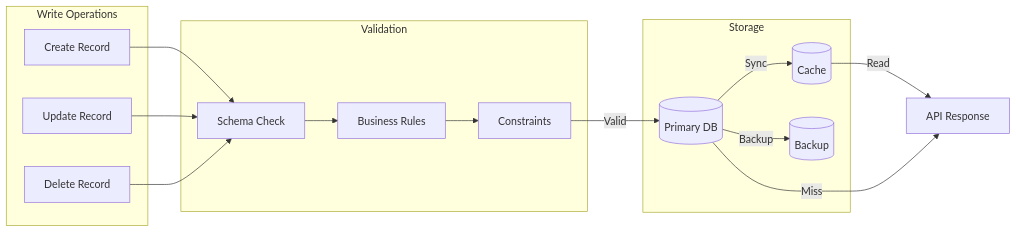
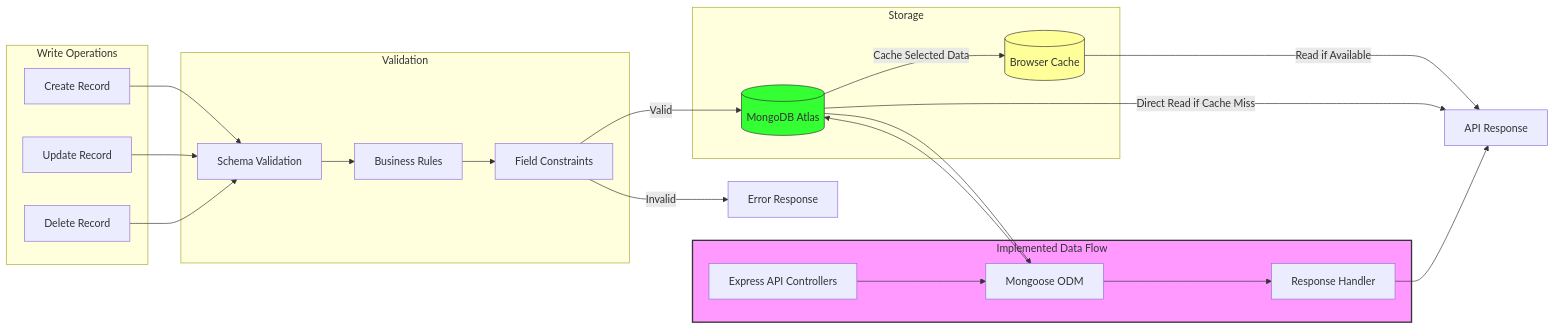
One commit to Austinkuria/attendance-system changed the third of 3 diagrams in documentation.md. Above: the diagram before and after it, drawn with Mermaid. The commit also changed other lines of this file, not shown here.

Commit message:
docs: update documentation for QR Code-based Smart Attendance System; improve clarity and consistency in terminology and diagrams

````diff
--- a/documentation.md
+++ b/documentation.md
@@ -1114,31 +279,47 @@
 ```mermaid
 flowchart LR
     subgraph Write_Operations[Write Operations]
         Create[Create Record]
         Update[Update Record]
         Delete[Delete Record]
     end
     
     subgraph Validation
-        Schema[Schema Check]
+        Schema[Schema Validation]
         Rules[Business Rules]
-        Constraints[Constraints]
+        Constraints[Field Constraints]
     end
     
     subgraph Storage
-        Primary[(Primary DB)]
-        Cache[(Cache)]
-        Backup[(Backup)]
+        MongoDB[(MongoDB Atlas)]
+        LocalCache[(Browser Cache)]
     end
     
     Create & Update & Delete --> Schema
     Schema --> Rules
     Rules --> Constraints
     
-    Constraints -->|Valid| Primary
-    Primary -->|Sync| Cache
-    Primary -->|Backup| Backup
+    Constraints -->|Valid| MongoDB
+    Constraints -->|Invalid| ErrorHandling[Error Response]
     
-    Cache -->|Read| API_Response[API Response]
-    Primary -->|Miss| API_Response
+    MongoDB -->|Cache Selected Data| LocalCache
+    
+    LocalCache -->|Read if Available| API_Response[API Response]
+    MongoDB -->|Direct Read if Cache Miss| API_Response
+    
+    subgraph ActualImplementation[Implemented Data Flow]
+        ExpressAPI[Express API Controllers]
+        MongooseODM[Mongoose ODM]
+        ResponseHandler[Response Handler]
+    end
+    
+    ExpressAPI --> MongooseODM
+    MongooseODM --> MongoDB
+    MongoDB --> MongooseODM
+    MongooseODM --> ResponseHandler
+    ResponseHandler --> API_Response
+    
+    style ActualImplementation fill:#f9f,stroke:#333,stroke-width:2px
+    style MongoDB fill:#3f3,stroke:#333,stroke-width:1px
+    style LocalCache fill:#ff9,stroke:#333,stroke-width:1px
 ```
````
